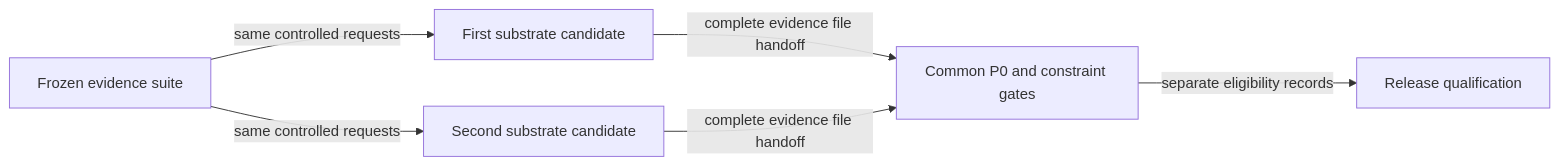
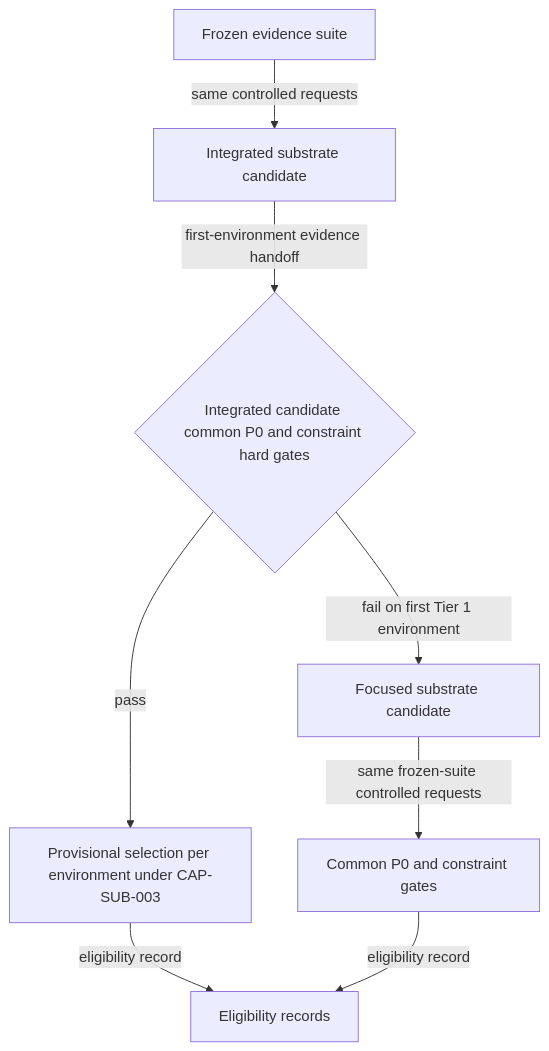
The diagram in .constitution/architecture/flows/cap-sub-001.md (SkrOYC/oxyflut), drawn with Mermaid before and after one commit. The commit also changed other lines of this file and 4 other files, not shown here.

First line of the commit message:
fix(architecture): sequence the candidate and environment flows and narrow the null-substrate invariant

````diff
--- a/.constitution/architecture/flows/cap-sub-001.md
+++ b/.constitution/architecture/flows/cap-sub-001.md
@@ -9,8 +9,10 @@
 ```mermaid
-flowchart LR
-    Suite[Frozen evidence suite] -->|same controlled requests| A[First substrate candidate]
-    Suite -->|same controlled requests| B[Second substrate candidate]
-    A -->|complete evidence file handoff| Gates[Common P0 and constraint gates]
-    B -->|complete evidence file handoff| Gates
-    Gates -->|separate eligibility records| Qualification[Release qualification]
+flowchart TD
+    Suite[Frozen evidence suite] -->|same controlled requests| Integrated[Integrated substrate candidate]
+    Integrated -->|first-environment evidence handoff| IntegratedGates{Integrated candidate common P0 and constraint hard gates}
+    IntegratedGates -->|pass| Provisional[Provisional selection per environment under CAP-SUB-003]
+    Provisional -->|eligibility record| Records[Eligibility records]
+    IntegratedGates -->|fail on first Tier 1 environment| Focused[Focused substrate candidate]
+    Focused -->|same frozen-suite controlled requests| CommonGates[Common P0 and constraint gates]
+    CommonGates -->|eligibility record| Records
 ```
````
